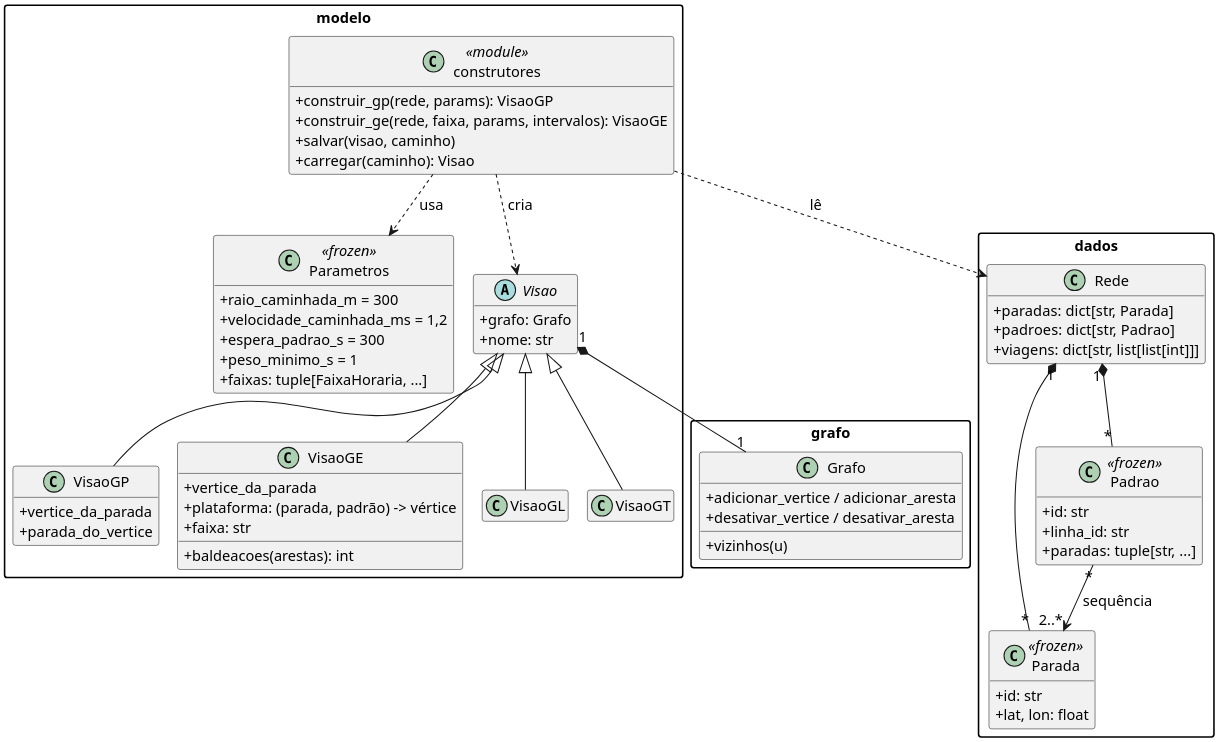
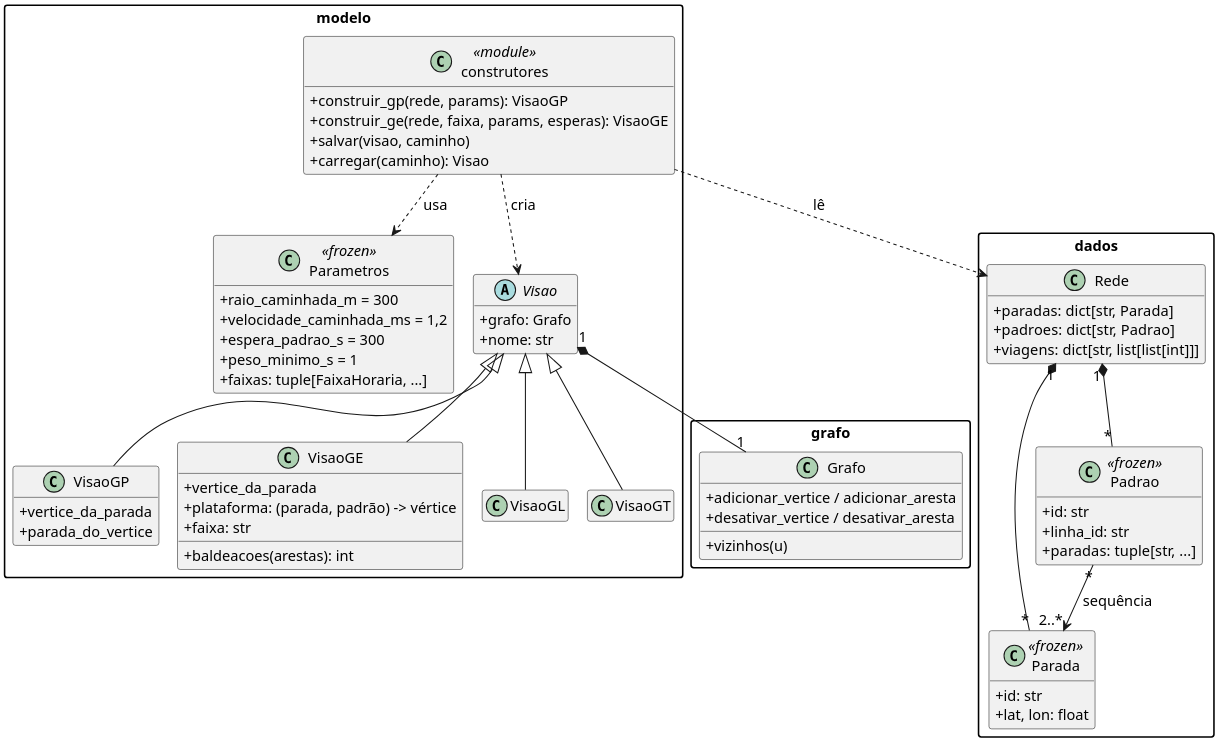
Before and after one commit to henriquegdc/grafos-transporte-bh: the diagram in docs/diagramas/classes-modelo.puml, drawn with PlantUML. The commit also changed 1 other file, not shown here.

Commit message:
docs(P0-MODELO): classes-modelo com esperas e figura na largura do texto
O recorte ainda mostrava construir_ge recebendo intervalos (revisão do #40, itens 1 e 2).

```diff
--- a/docs/diagramas/classes-modelo.puml
+++ b/docs/diagramas/classes-modelo.puml
@@ -1,81 +1,81 @@
 @startuml classes-modelo
 ' Recorte do diagrama de classes (classes.puml) para a seção Modelagem do relatório:
 ' modelo normalizado, parâmetros e visões. O núcleo do grafo aparece só como Grafo.
 ' Mantido em sincronia com classes.puml e com src/transporte/modelo/.
 !pragma layout smetana
 skinparam dpi 200
 skinparam classAttributeIconSize 0
 skinparam packageStyle rectangle
 skinparam defaultFontSize 14
 skinparam shadowing false
 hide empty members
 
 package "dados" {
   class Rede {
     +paradas: dict[str, Parada]
     +padroes: dict[str, Padrao]
     +viagens: dict[str, list[list[int]]]
   }
   class Parada <<frozen>> {
     +id: str
     +lat, lon: float
   }
   class Padrao <<frozen>> {
     +id: str
     +linha_id: str
     +paradas: tuple[str, ...]
   }
 }
 
 package "modelo" {
   class construtores <<module>> {
     +construir_gp(rede, params): VisaoGP
-    +construir_ge(rede, faixa, params, intervalos): VisaoGE
+    +construir_ge(rede, faixa, params, esperas): VisaoGE
     +salvar(visao, caminho)
     +carregar(caminho): Visao
   }
   class Parametros <<frozen>> {
     +raio_caminhada_m = 300
     +velocidade_caminhada_ms = 1,2
     +espera_padrao_s = 300
     +peso_minimo_s = 1
     +faixas: tuple[FaixaHoraria, ...]
   }
   abstract class Visao {
     +grafo: Grafo
     +nome: str
   }
   class VisaoGP {
     +vertice_da_parada
     +parada_do_vertice
   }
   class VisaoGE {
     +vertice_da_parada
     +{field} plataforma: (parada, padrão) -> vértice
     +faixa: str
     +baldeacoes(arestas): int
   }
   class VisaoGL
   class VisaoGT
 }
 
 package "grafo" {
   class Grafo {
     +adicionar_vertice / adicionar_aresta
     +vizinhos(u)
     +desativar_vertice / desativar_aresta
   }
 }
 
 Rede "1" *-- "*" Parada
 Rede "1" *-- "*" Padrao
 Padrao "*" --> "2..*" Parada : sequência
 construtores ..> Rede : lê
 construtores ..> Parametros : usa
 construtores ..> Visao : cria
 Visao <|-- VisaoGP
 Visao <|-- VisaoGE
 Visao <|-- VisaoGL
 Visao <|-- VisaoGT
 Visao "1" *-- "1" Grafo
 @enduml
```
